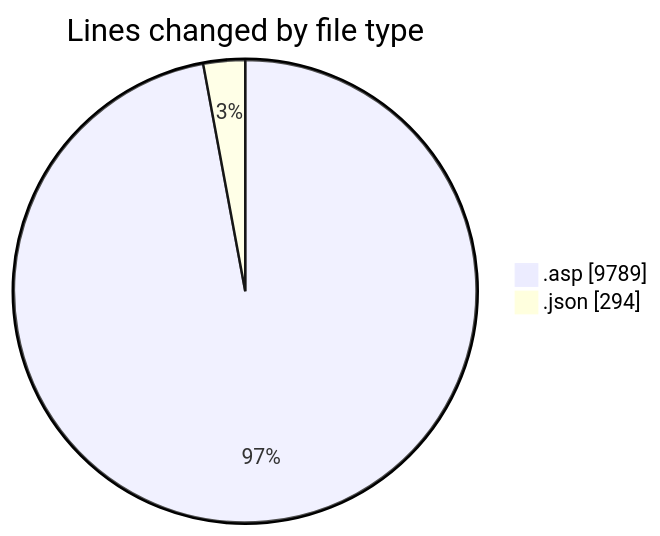
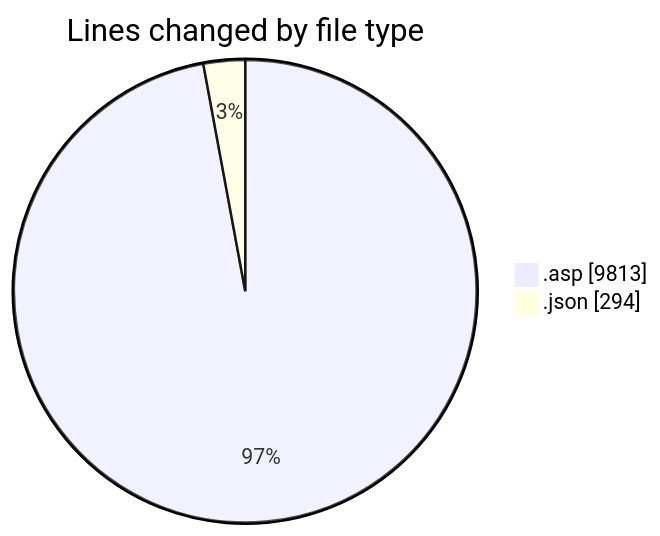
The first of 2 diagrams in 2025-10-27/usr_aleoudev_fr__workspace_/README.md (julien-gomy/code-tracking), drawn with Mermaid before and after one commit. The commit also changed other lines of this file and 1 other file, not shown here.

````diff
--- a/2025-10-27/usr_aleoudev_fr__workspace_/README.md
+++ b/2025-10-27/usr_aleoudev_fr__workspace_/README.md
@@ -28,6 +28,6 @@
 ```mermaid
 pie showData
 title Lines changed by file type
-".asp" : 9789
+".asp" : 9813
 ".json" : 294
 ```
````
